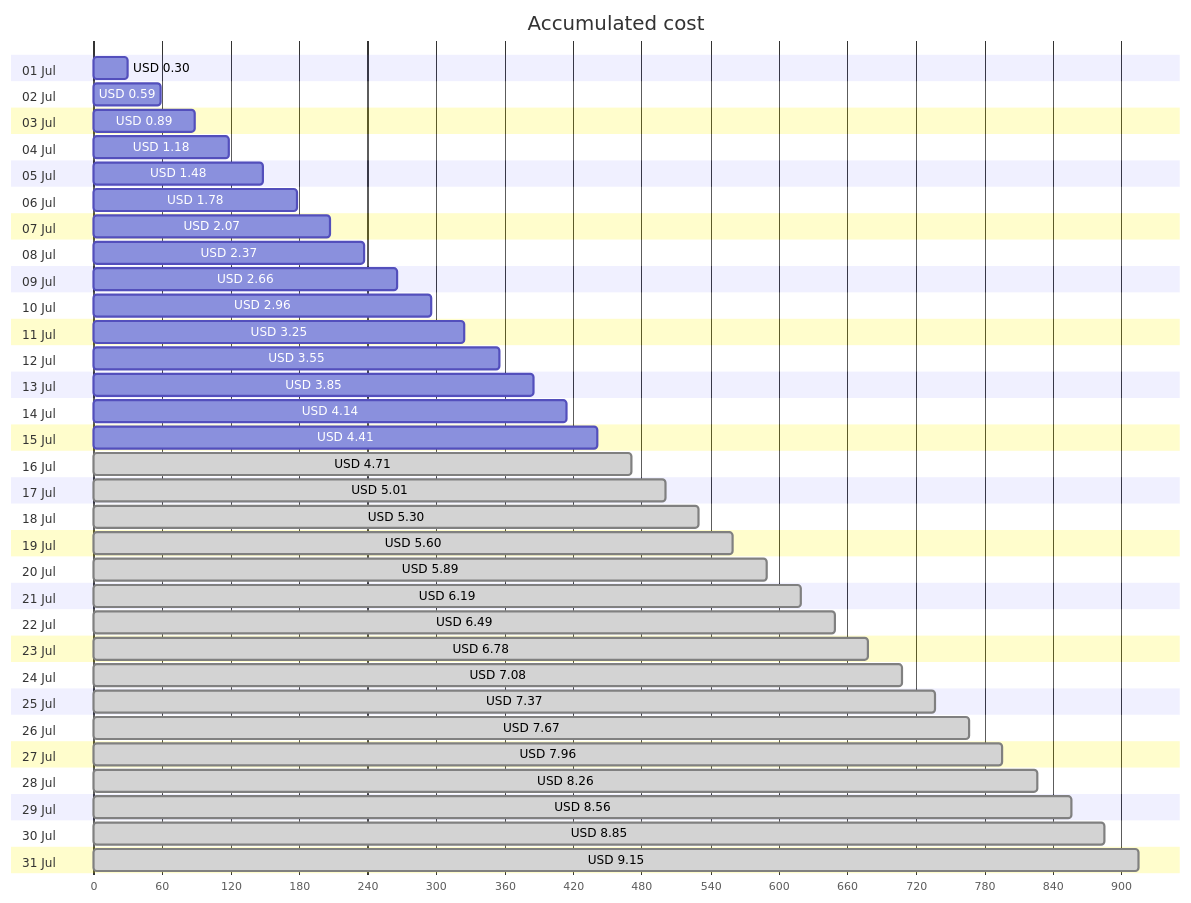
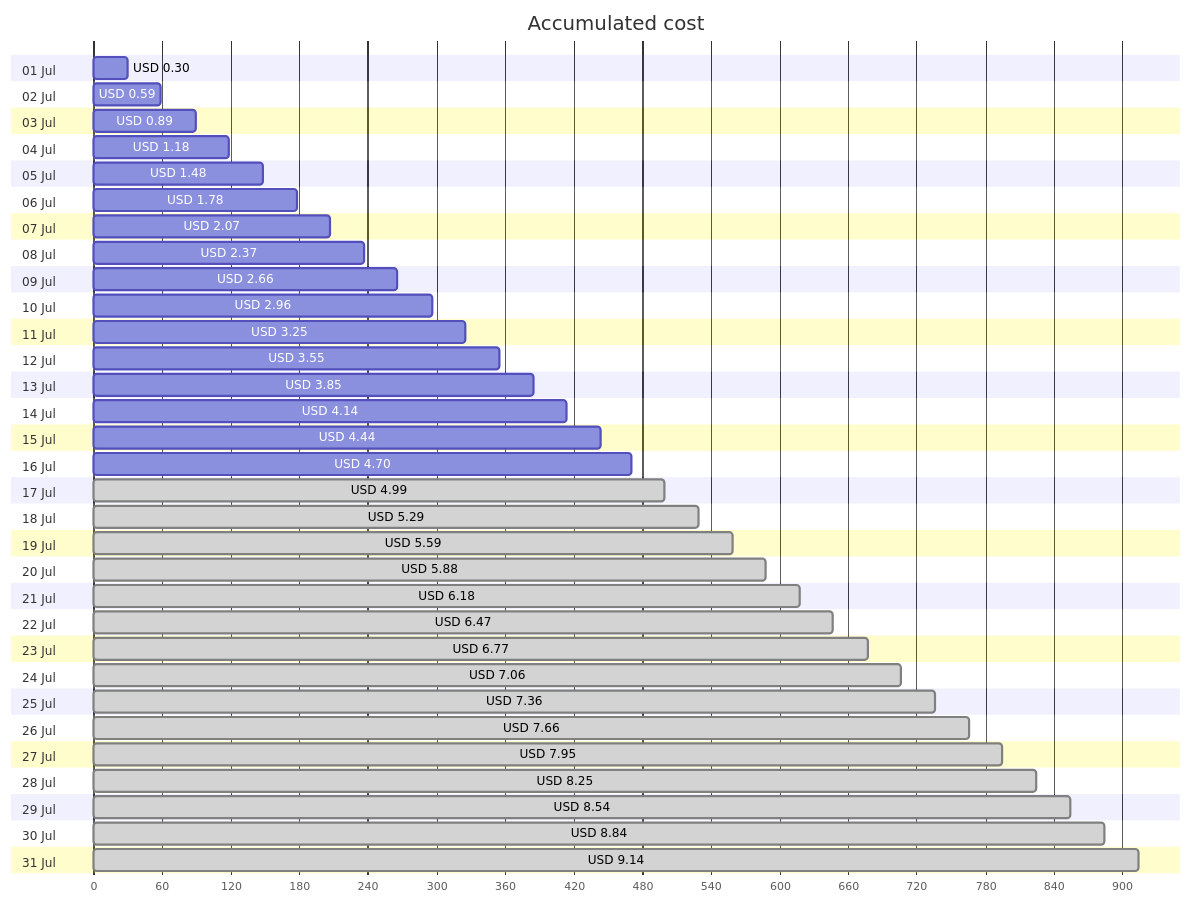
One commit to jpfulton/azure-personal-reports changed the first of 4 diagrams in cost-reports/personal-site/personal-site-preview.md. Above: the diagram before and after it, drawn with Mermaid. The commit also changed other lines of this file and 6 other files, not shown here.

````diff
--- a/cost-reports/personal-site/personal-site-preview.md
+++ b/cost-reports/personal-site/personal-site-preview.md
@@ -20,68 +20,68 @@
 ```mermaid
 gantt
    title Accumulated cost
    dateFormat  X
    axisFormat %s
    section 01 Jul
    USD 0.30 :0, 30
    section 02 Jul
    USD 0.59 :0, 59
    section 03 Jul
    USD 0.89 :0, 89
    section 04 Jul
    USD 1.18 :0, 118
    section 05 Jul
    USD 1.48 :0, 148
    section 06 Jul
    USD 1.78 :0, 178
    section 07 Jul
    USD 2.07 :0, 207
    section 08 Jul
    USD 2.37 :0, 237
    section 09 Jul
    USD 2.66 :0, 266
    section 10 Jul
    USD 2.96 :0, 296
    section 11 Jul
    USD 3.25 :0, 325
    section 12 Jul
    USD 3.55 :0, 355
    section 13 Jul
    USD 3.85 :0, 385
    section 14 Jul
    USD 4.14 :0, 414
    section 15 Jul
-   USD 4.41 :0, 441
+   USD 4.44 :0, 444
    section 16 Jul
-   USD 4.71 : done, 0, 471
+   USD 4.70 :0, 470
    section 17 Jul
-   USD 5.01 : done, 0, 501
+   USD 4.99 : done, 0, 499
    section 18 Jul
-   USD 5.30 : done, 0, 530
+   USD 5.29 : done, 0, 529
    section 19 Jul
-   USD 5.60 : done, 0, 560
+   USD 5.59 : done, 0, 559
    section 20 Jul
-   USD 5.89 : done, 0, 589
+   USD 5.88 : done, 0, 588
    section 21 Jul
-   USD 6.19 : done, 0, 619
+   USD 6.18 : done, 0, 618
    section 22 Jul
-   USD 6.49 : done, 0, 649
+   USD 6.47 : done, 0, 647
    section 23 Jul
-   USD 6.78 : done, 0, 678
+   USD 6.77 : done, 0, 677
    section 24 Jul
-   USD 7.08 : done, 0, 708
+   USD 7.06 : done, 0, 706
    section 25 Jul
-   USD 7.37 : done, 0, 737
+   USD 7.36 : done, 0, 736
    section 26 Jul
-   USD 7.67 : done, 0, 767
+   USD 7.66 : done, 0, 766
    section 27 Jul
-   USD 7.96 : done, 0, 796
+   USD 7.95 : done, 0, 795
    section 28 Jul
-   USD 8.26 : done, 0, 826
+   USD 8.25 : done, 0, 825
    section 29 Jul
-   USD 8.56 : done, 0, 856
+   USD 8.54 : done, 0, 854
    section 30 Jul
-   USD 8.85 : done, 0, 885
+   USD 8.84 : done, 0, 884
    section 31 Jul
-   USD 9.15 : done, 0, 915
+   USD 9.14 : done, 0, 914
 ```
````
